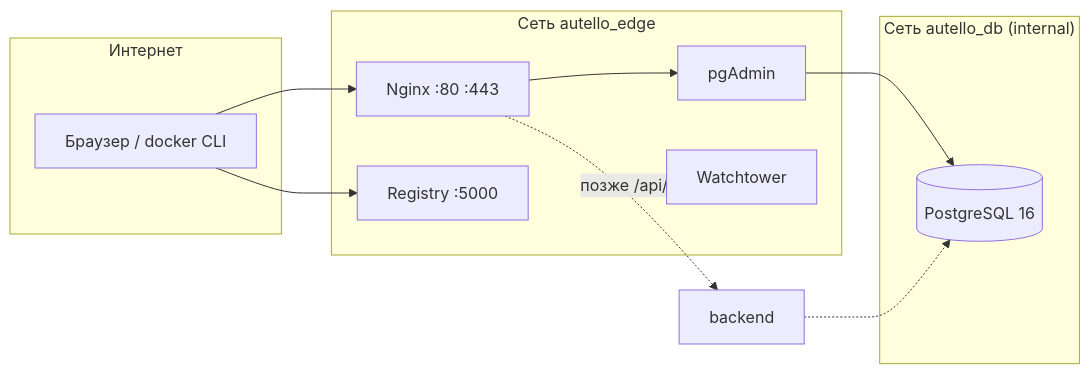
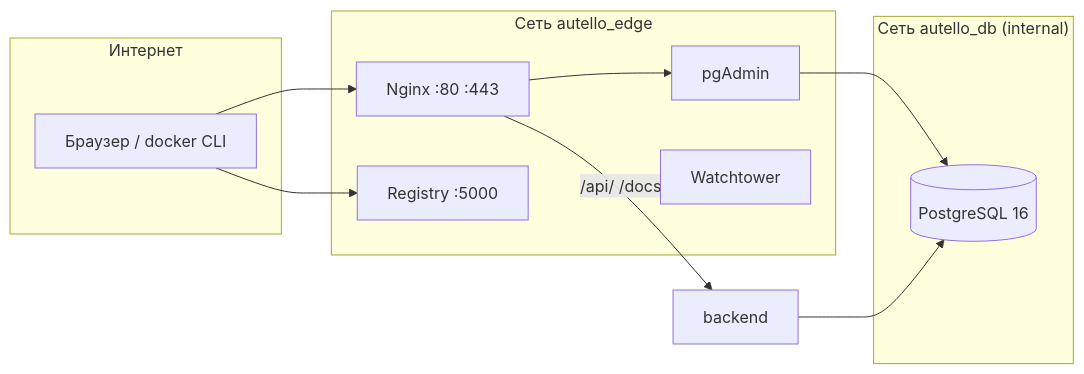
The diagram in docs/Отчет по выполнению ДЗ.md (PavelKoff2025/Website_processing_customer_orders), drawn with Mermaid before and after one commit. The commit also changed other lines of this file and 47 other files, not shown here.

First line of the commit message:
Add FastAPI backend, elite lead form, and live homework screenshots.

````diff
--- a/docs/Отчет по выполнению ДЗ.md
+++ b/docs/Отчет по выполнению ДЗ.md
@@ -71,21 +71,21 @@
 ```mermaid
 flowchart LR
   subgraph internet [Интернет]
     B[Браузер / docker CLI]
   end
   subgraph edge [Сеть autello_edge]
     N[Nginx :80 :443]
     R[Registry :5000]
     P[pgAdmin]
     W[Watchtower]
   end
   subgraph dbnet ["Сеть autello_db (internal)"]
     PG[(PostgreSQL 16)]
   end
   B --> N
   B --> R
   N --> P
   P --> PG
-  N -.->|позже /api/| BE[backend]
-  BE -.-> PG
+  N -->|/api/ /docs| BE[backend]
+  BE --> PG
 ```
````
